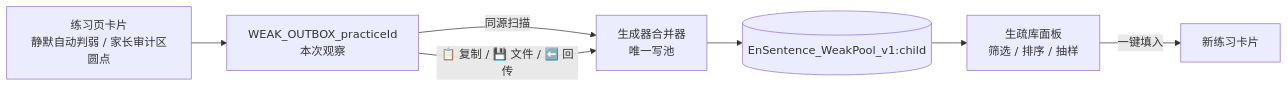
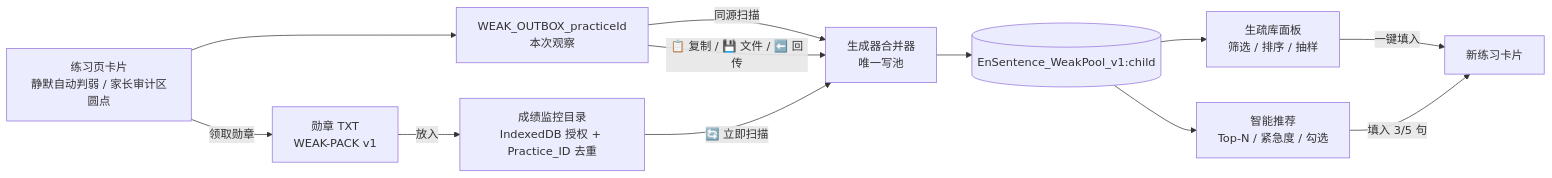
Before and after one commit to amro01/En_Sentence_HTML: the diagram in README.md, drawn with Mermaid. The commit also changed other lines of this file and 10 other files, not shown here.

````diff
--- a/README.md
+++ b/README.md
@@ -59,9 +90,14 @@
 ```mermaid
 flowchart LR
   A["练习页卡片<br/>静默自动判弱 / 家长审计区圆点"] --> B["WEAK_OUTBOX_practiceId<br/>本次观察"]
   B -->|同源扫描| C["生成器合并器<br/>唯一写池"]
   B -->|📋 复制 / 💾 文件 / ⬅️ 回传| C
+  A -->|领取勋章| G["勋章 TXT<br/>WEAK-PACK v1"]
+  G -->|放入| H["成绩监控目录<br/>IndexedDB 授权 + Practice_ID 去重"]
+  H -->|🔄 立即扫描| C
   C --> D[("EnSentence_WeakPool_v1:child")]
   D --> E["生疏库面板<br/>筛选 / 排序 / 抽样"]
+  D --> R["智能推荐<br/>Top-N / 紧急度 / 勾选"]
   E -->|一键填入| F["新练习卡片"]
+  R -->|填入 3/5 句| F
 ```
````
